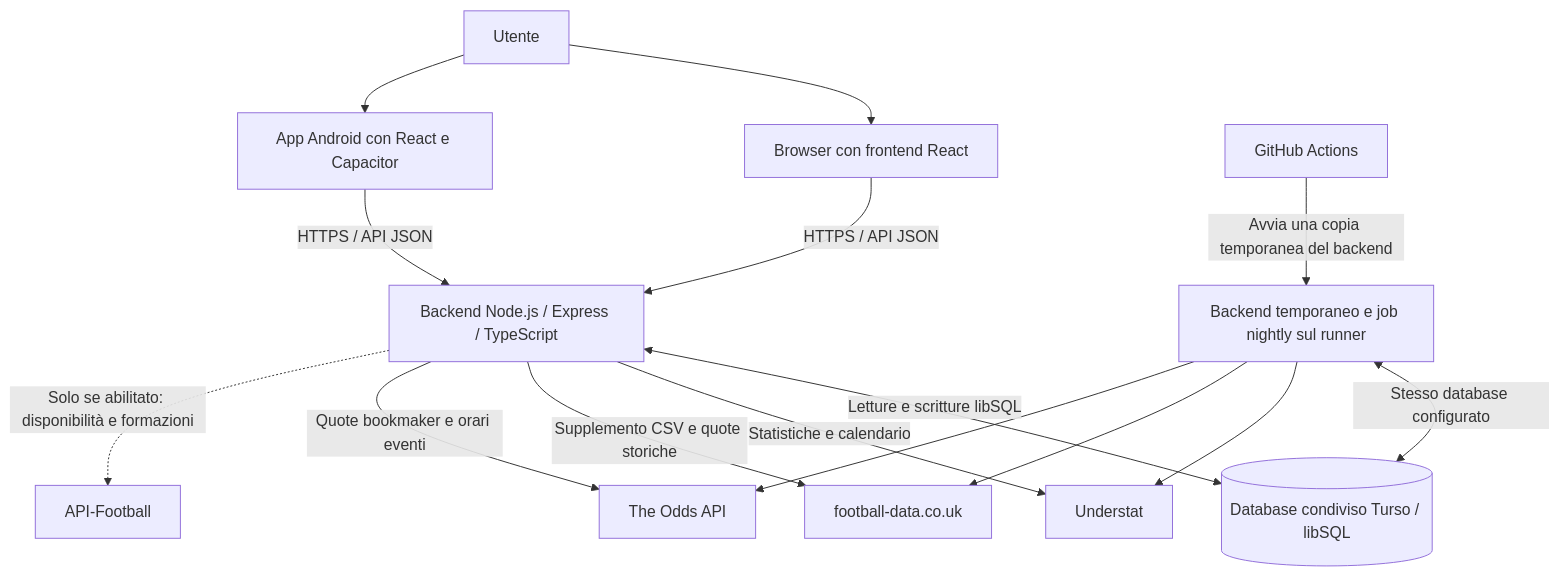
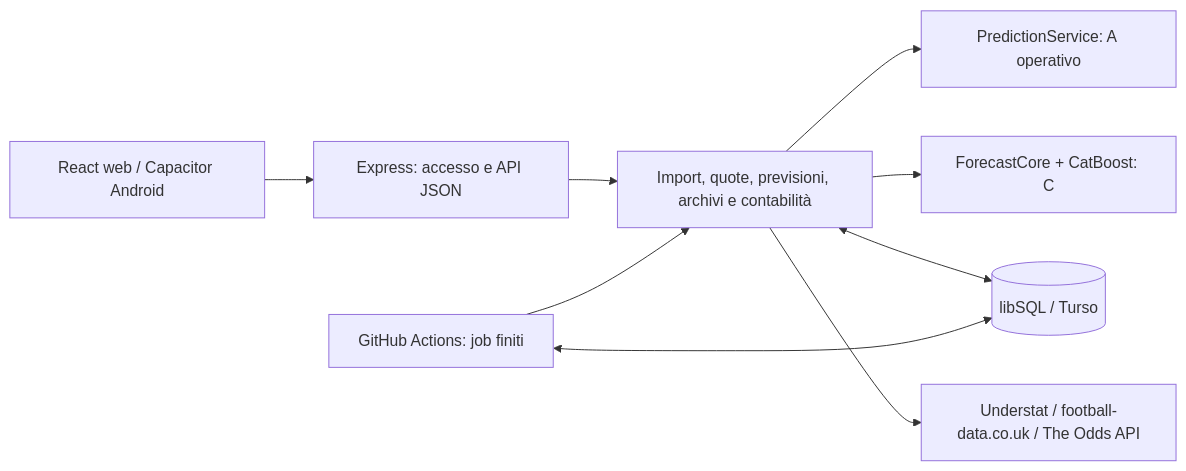
The diagram in docs/SYSTEM-DESIGN.md (Ivandragon003/scommeseSportive), drawn with Mermaid before and after one commit. The commit also changed other lines of this file and 113 other files, not shown here.

````diff
--- a/docs/SYSTEM-DESIGN.md
+++ b/docs/SYSTEM-DESIGN.md
@@ -178,17 +9,11 @@
 ```mermaid
-flowchart TB
-    U[Utente] --> W[Browser con frontend React]
-    U --> A[App Android con React e Capacitor]
-    W -->|HTTPS / API JSON| B[Backend Node.js / Express / TypeScript]
-    A -->|HTTPS / API JSON| B
-    B <-->|Letture e scritture libSQL| D[(Database condiviso Turso / libSQL)]
-    B -->|Statistiche e calendario| US[Understat]
-    B -->|Supplemento CSV e quote storiche| FD[football-data.co.uk]
-    B -->|Quote bookmaker e orari eventi| O[The Odds API]
-    B -.->|Solo se abilitato: disponibilità e formazioni| AF[API-Football]
-    G[GitHub Actions] -->|Avvia una copia temporanea del backend| T[Backend temporaneo e job nightly sul runner]
-    T <-->|Stesso database configurato| D
-    T --> US
-    T --> FD
-    T --> O
+flowchart LR
+    UI[React web / Capacitor Android] --> API[Express: accesso e API JSON]
+    API --> SERVICES[Import, quote, previsioni, archivi e contabilità]
+    SERVICES --> A[PredictionService: A operativo]
+    SERVICES --> C[ForecastCore + CatBoost: C]
+    SERVICES <--> DB[(libSQL / Turso)]
+    SERVICES --> SOURCES[Understat / football-data.co.uk / The Odds API]
+    CI[GitHub Actions: job finiti] --> SERVICES
+    CI <--> DB
 ```
````
